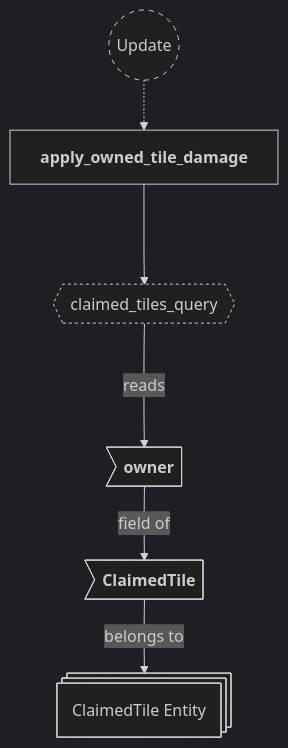
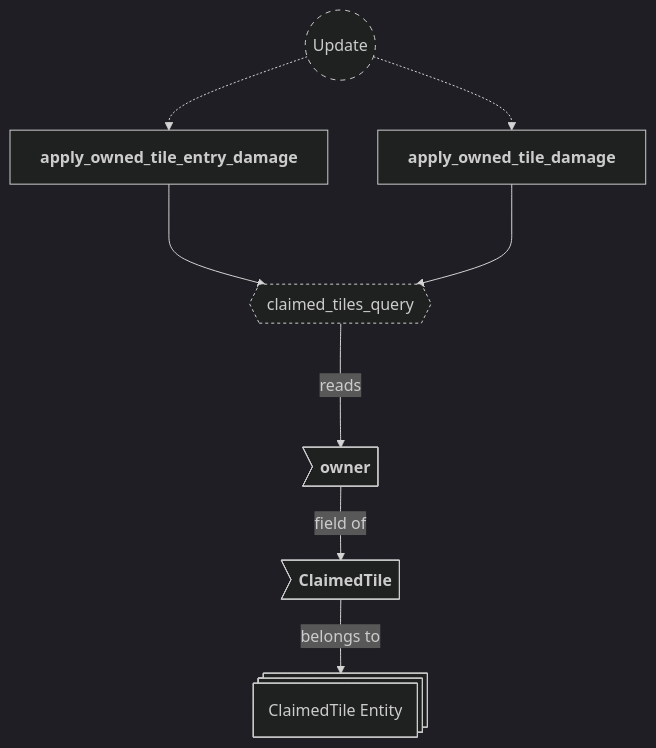
Before and after one commit to neurosoup/tyled: the fifth of 9 diagrams in backlog/docs/doc-11 - 009-Damage-plugin.md, drawn with Mermaid. The commit also changed other lines of this file and 1 other file, not shown here.

First line of the commit message:
Fix: damage players on entering opponent-claimed tiles

````diff
--- a/backlog/docs/doc-11 - 009-Damage-plugin.md
+++ b/backlog/docs/doc-11 - 009-Damage-plugin.md
@@ -178,25 +215,28 @@
 ```mermaid
 ---
 config:
   theme: dark
 ---
 
 flowchart TD
 classDef system-group stroke-dasharray: 5 5
 classDef query stroke-dasharray: 3 3
 
 update(("`Update`")):::system-group
+apply_owned_tile_entry_damage["`**apply_owned_tile_entry_damage**`"]
 apply_owned_tile_damage["`**apply_owned_tile_damage**`"]
 
+update -.-> apply_owned_tile_entry_damage
 update -.-> apply_owned_tile_damage
 
 claimed_tiles_query{{"`claimed_tiles_query`"}}:::query
+apply_owned_tile_entry_damage ---> claimed_tiles_query
 apply_owned_tile_damage ---> claimed_tiles_query
 
 claimed_tile_entity@{ shape: st-rect, label: "ClaimedTile Entity" }
 
 ct_claimed>"`**ClaimedTile**`"] --> |belongs to| claimed_tile_entity
 ct_owner>"`**owner**`"] --> |field of| ct_claimed
 
 claimed_tiles_query ---> |reads| ct_owner
 ```
````
